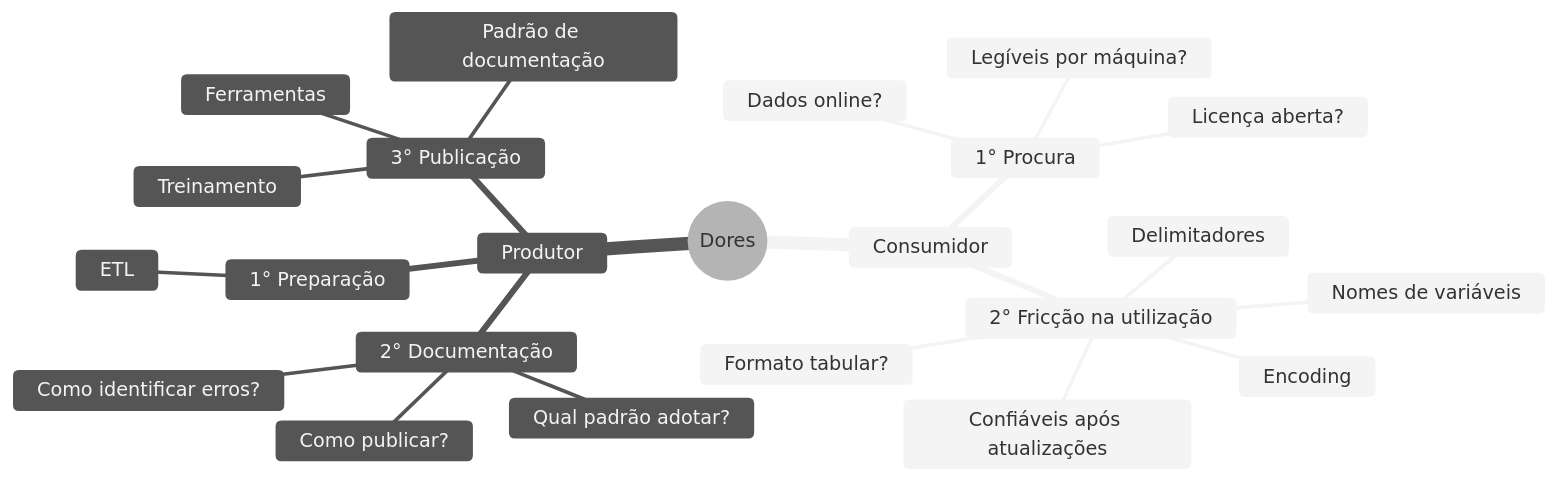
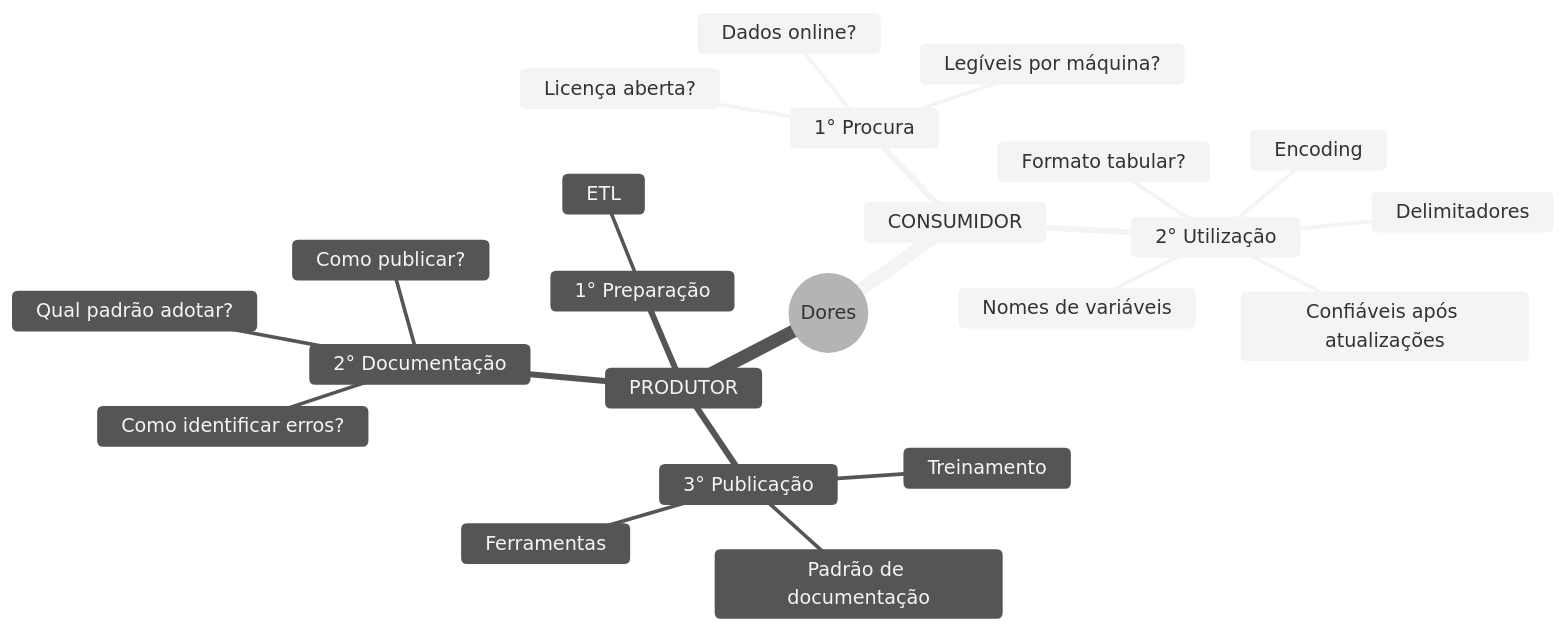
Before and after one commit to transparencia-mg/reveal.js: the first of 2 diagrams in presentations/20230804_minas_de_dados_overview_dta/index.md, drawn with Mermaid (neutral theme). The commit also changed other lines of this file, not shown here.

````diff
--- a/presentations/20230804_minas_de_dados_overview_dta/index.md
+++ b/presentations/20230804_minas_de_dados_overview_dta/index.md
@@ -28,26 +30,26 @@
 ```mermaid
 mindmap
   root((Dores))
-    Consumidor
+    CONSUMIDOR
       1° Procura
         Dados online?
         Licença aberta?
         Legíveis por máquina?
-      2° Fricção na utilização
+      2° Utilização
         Formato tabular?
         Nomes de variáveis
         Encoding
         Delimitadores
         Confiáveis após atualizações
-    Produtor
+    PRODUTOR
       1° Preparação
         ETL
       2° Documentação
         Qual padrão adotar?
         Como identificar erros?
         Como publicar?
       3° Publicação
         Ferramentas
         Treinamento
         Padrão de documentação
 ```
````
